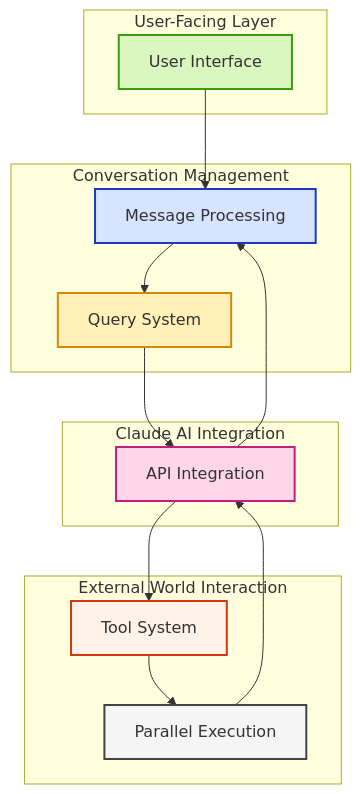
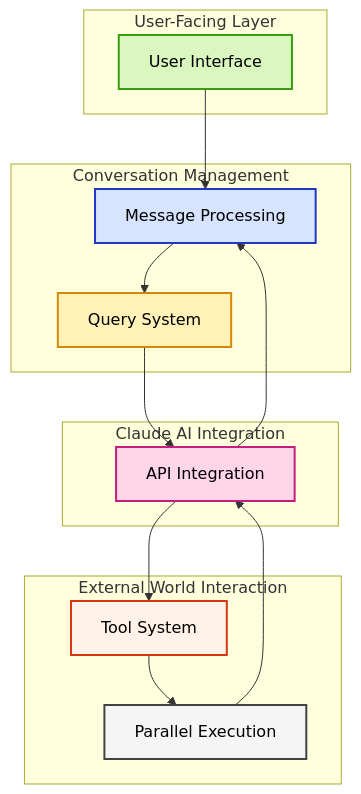
One commit to Szermer/QED changed the first of 8 diagrams in src/system-architecture-diagram.md. Above: the diagram before and after it, drawn with Mermaid. The commit also changed other lines of this file and 4 other files, not shown here.

Commit message:
style: improving readability in darkmode of some mermaid diagrams

````diff
--- a/src/system-architecture-diagram.md
+++ b/src/system-architecture-diagram.md
@@ -20,46 +20,46 @@
 ```mermaid
 flowchart TB
     %% Define the main components
     UI[User Interface] --> MSG[Message Processing]
     MSG --> QRY[Query System]
     QRY --> API[API Integration]
     API --> TOOL[Tool System]
     TOOL --> PAR[Parallel Execution]
     PAR --> API
     API --> MSG
     
     %% Group components into domains
     subgraph "User-Facing Layer"
         UI
     end
     
     subgraph "Conversation Management"
         MSG
         QRY
     end
     
     subgraph "Claude AI Integration"
         API
     end
     
     subgraph "External World Interaction"
         TOOL
         PAR
     end
     
-    %% Distinct styling for each component
-    classDef uiStyle fill:#d9f7be,stroke:#389e0d,stroke-width:2px
-    classDef msgStyle fill:#d6e4ff,stroke:#1d39c4,stroke-width:2px
-    classDef queryStyle fill:#fff1b8,stroke:#d48806,stroke-width:2px
-    classDef apiStyle fill:#ffd6e7,stroke:#c41d7f,stroke-width:2px
-    classDef toolStyle fill:#fff2e8,stroke:#d4380d,stroke-width:2px
-    classDef parStyle fill:#f5f5f5,stroke:#434343,stroke-width:2px
+    %% Distinct styling for each component with improved text contrast
+    classDef uiStyle fill:#d9f7be,stroke:#389e0d,stroke-width:2px,color:#000000
+    classDef msgStyle fill:#d6e4ff,stroke:#1d39c4,stroke-width:2px,color:#000000
+    classDef queryStyle fill:#fff1b8,stroke:#d48806,stroke-width:2px,color:#000000
+    classDef apiStyle fill:#ffd6e7,stroke:#c41d7f,stroke-width:2px,color:#000000
+    classDef toolStyle fill:#fff2e8,stroke:#d4380d,stroke-width:2px,color:#000000
+    classDef parStyle fill:#f5f5f5,stroke:#434343,stroke-width:2px,color:#000000
     
     %% Apply styles to components
     class UI uiStyle
     class MSG msgStyle
     class QRY queryStyle
     class API apiStyle
     class TOOL toolStyle
     class PAR parStyle
 ```
````
